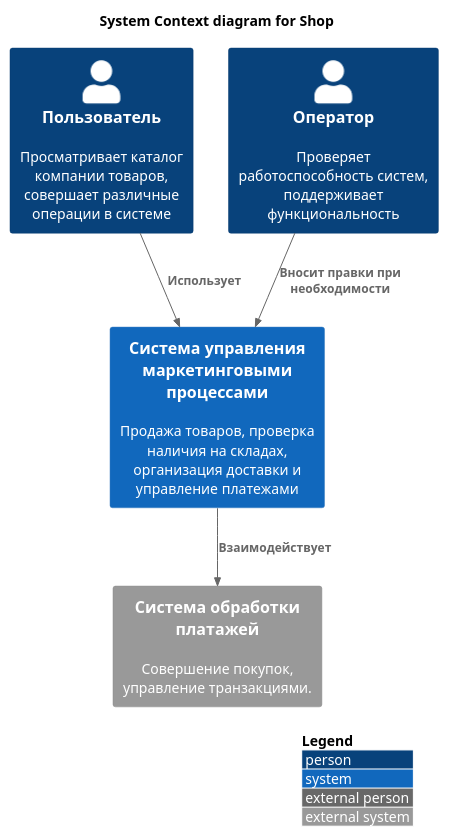
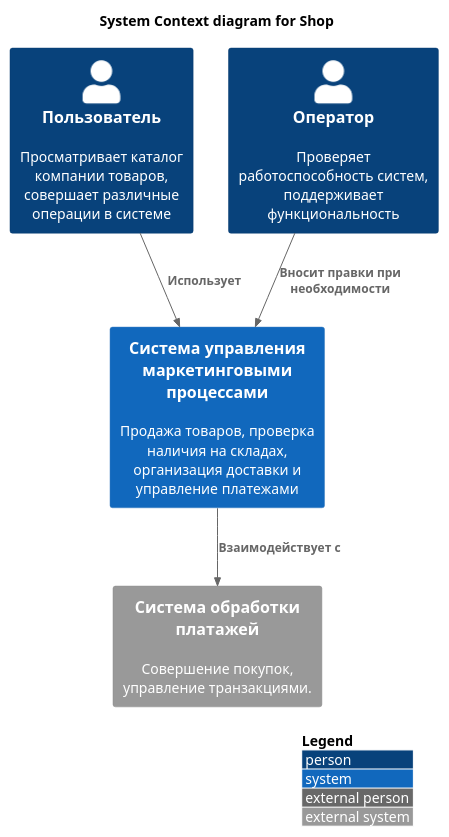
Before and after one commit to Ksenia530/Solodovnik_analytics_practice: the diagram in Контекстная диаграмма.puml, drawn with PlantUML. The commit also changed 1 other file, not shown here.

```diff
--- a/Контекстная диаграмма.puml
+++ b/Контекстная диаграмма.puml
@@ -1,15 +1,16 @@
 @startuml
 !include https://raw.githubusercontent.com/plantuml-stdlib/C4-PlantUML/master/C4_Context.puml
 
 LAYOUT_WITH_LEGEND()
 
 title System Context diagram for Shop
 
 Person(customer, "Пользователь", "Просматривает каталог компании товаров, совершает различные операции в системе")
 Person(administrator, "Оператор", "Проверяет работоспособность систем, поддерживает функциональность")
 System(General_system, "Система управления маркетинговыми процессами", "Продажа товаров, проверка наличия на складах, организация доставки и управление платежами")
 System_Ext(Payment_system, "Система обработки платажей", "Совершение покупок, управление транзакциями.")
 Rel(customer, General_system, "Использует")
 Rel(administrator, General_system, "Вносит правки при необходимости")
-Rel(General_system, Payment_system, "Взаимодействует")
+Rel(General_system, Payment_system, "Взаимодействует с")
+
 @enduml
```
